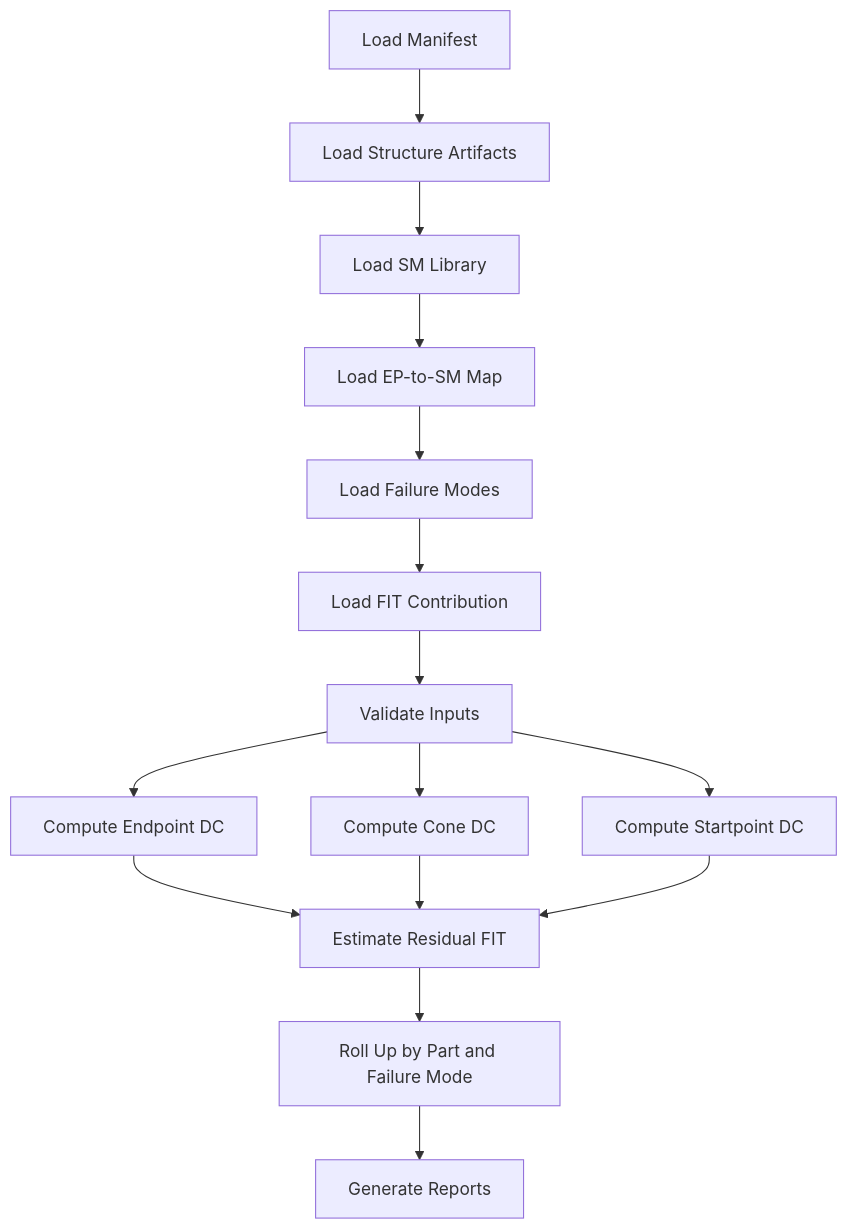
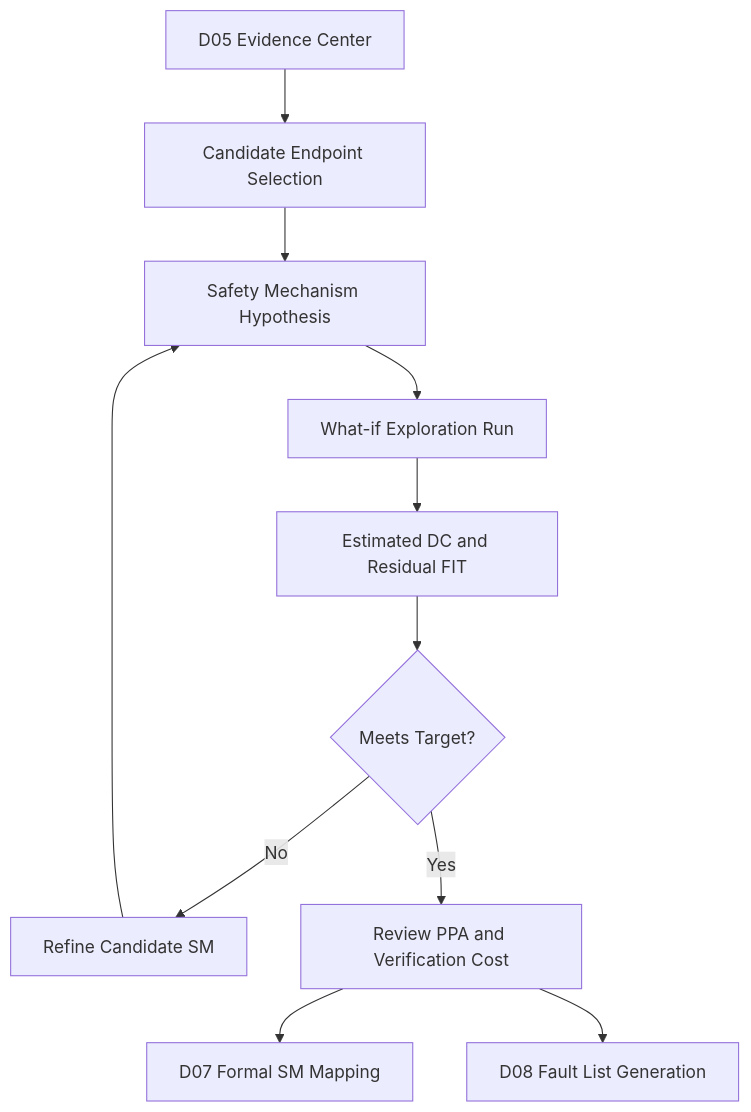
One commit to qiqixixi1001/automotive-safeic-practice changed the diagram in articles/06_automotive_safeic_practice_d06_github_en_diagnostic_coverage.md. Above: the diagram before and after it, drawn with Mermaid. The commit also changed other lines of this file, not shown here.

````diff
--- a/articles/06_automotive_safeic_practice_d06_github_en_diagnostic_coverage.md
+++ b/articles/06_automotive_safeic_practice_d06_github_en_diagnostic_coverage.md
@@ -927,17 +86,13 @@
 ```mermaid
 flowchart TD
-    A[Load Manifest] --> B[Load Structure Artifacts]
-    B --> C[Load SM Library]
-    C --> D[Load EP-to-SM Map]
-    D --> E[Load Failure Modes]
-    E --> F[Load FIT Contribution]
-    F --> G[Validate Inputs]
-    G --> H[Compute Endpoint DC]
-    G --> I[Compute Cone DC]
-    G --> J[Compute Startpoint DC]
-    H --> K[Estimate Residual FIT]
-    I --> K
-    J --> K
-    K --> L[Roll Up by Part and Failure Mode]
-    L --> M[Generate Reports]
+    A[D05 Evidence Center] --> B[Candidate Endpoint Selection]
+    B --> C[Safety Mechanism Hypothesis]
+    C --> D[What-if Exploration Run]
+    D --> E[Estimated DC and Residual FIT]
+    E --> F{Meets Target?}
+    F -- No --> G[Refine Candidate SM]
+    G --> C
+    F -- Yes --> H[Review PPA and Verification Cost]
+    H --> I[D07 Formal SM Mapping]
+    H --> J[D08 Fault List Generation]
 ```
````
